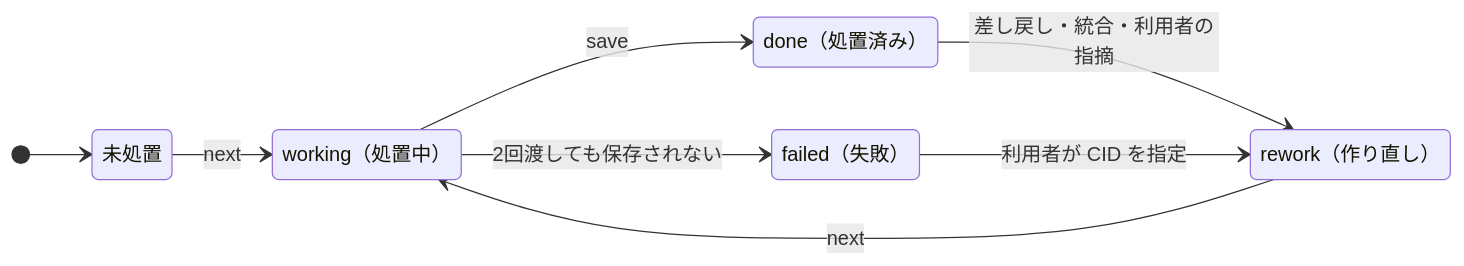
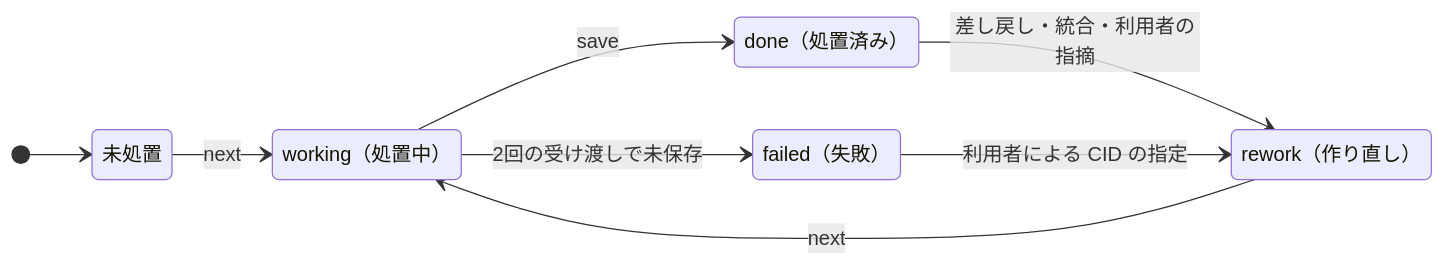
Before and after one commit to xclang-brain/plugin-market-place: the fourth of 4 diagrams in docs-site/docs/dev/architecture.md, drawn with Mermaid. The commit also changed other lines of this file and 14 other files, not shown here.

````diff
--- a/docs-site/docs/dev/architecture.md
+++ b/docs-site/docs/dev/architecture.md
@@ -131,16 +131,16 @@
 ```mermaid
 stateDiagram-v2
   direction LR
   state "未処置" as none
   state "working（処置中）" as working
   state "done（処置済み）" as done
   state "failed（失敗）" as failed
   state "rework（作り直し）" as rework
   [*] --> none
   none --> working: next
   working --> done: save
-  working --> failed: 2回渡しても保存されない
+  working --> failed: 2回の受け渡しで未保存
   done --> rework: 差し戻し・統合・利用者の指摘
-  failed --> rework: 利用者が CID を指定
+  failed --> rework: 利用者による CID の指定
   rework --> working: next
 ```
````
